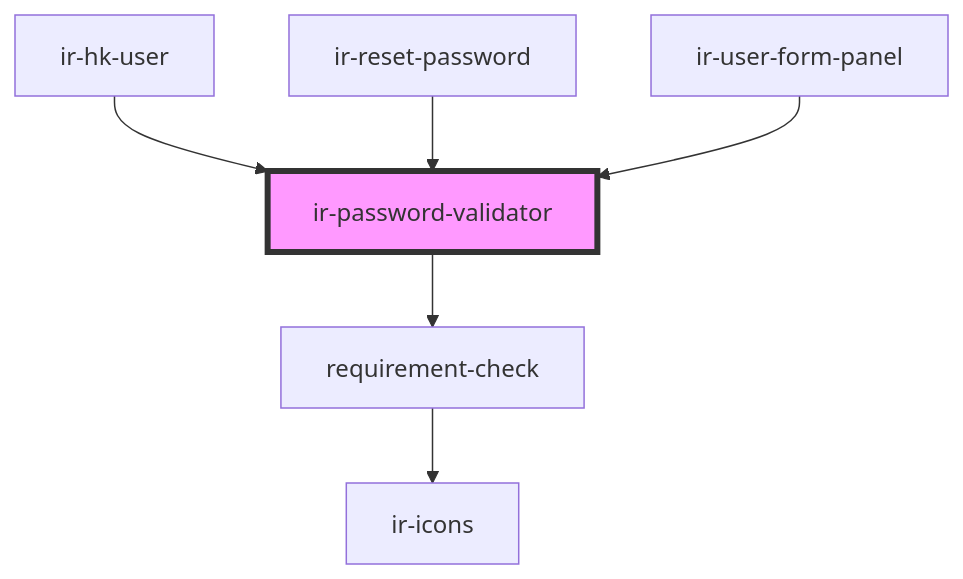
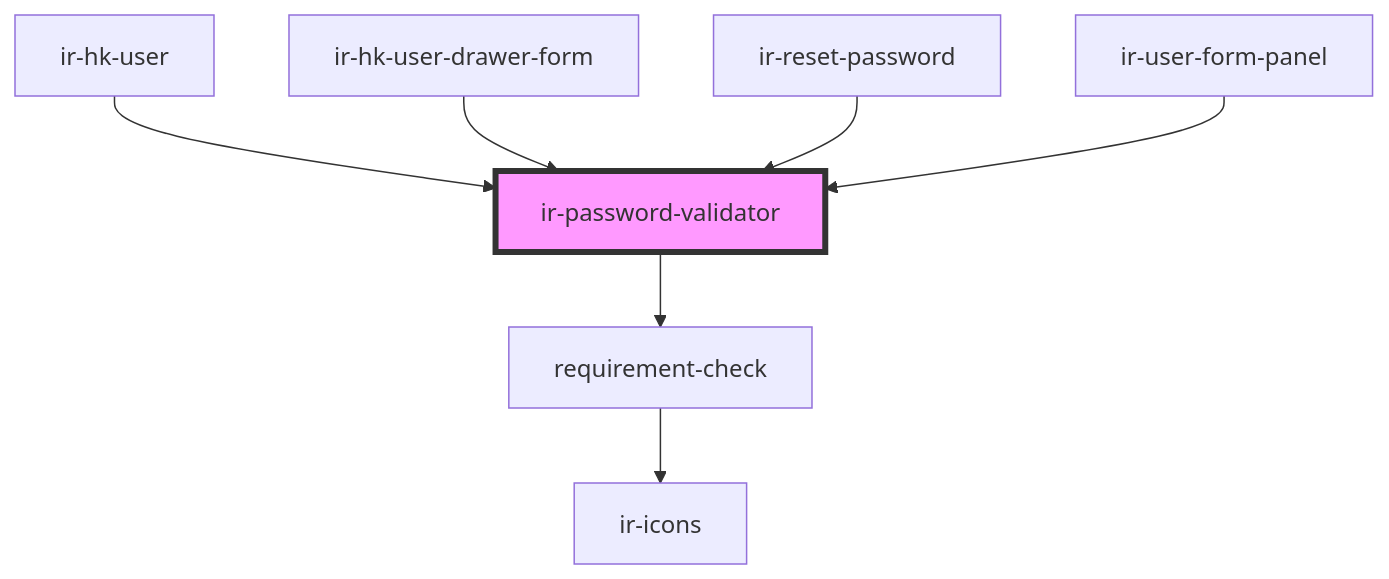
One commit to RonyRizk/ir-webcmp changed the diagram in src/components/ir-password-validator/readme.md. Above: the diagram before and after it, drawn with Mermaid. The commit also changed other lines of this file and 54 other files, not shown here.

````diff
--- a/src/components/ir-password-validator/readme.md
+++ b/src/components/ir-password-validator/readme.md
@@ -35,9 +36,10 @@
 ```mermaid
 graph TD;
   ir-password-validator --> requirement-check
   requirement-check --> ir-icons
   ir-hk-user --> ir-password-validator
+  ir-hk-user-drawer-form --> ir-password-validator
   ir-reset-password --> ir-password-validator
   ir-user-form-panel --> ir-password-validator
   style ir-password-validator fill:#f9f,stroke:#333,stroke-width:4px
 ```
````
